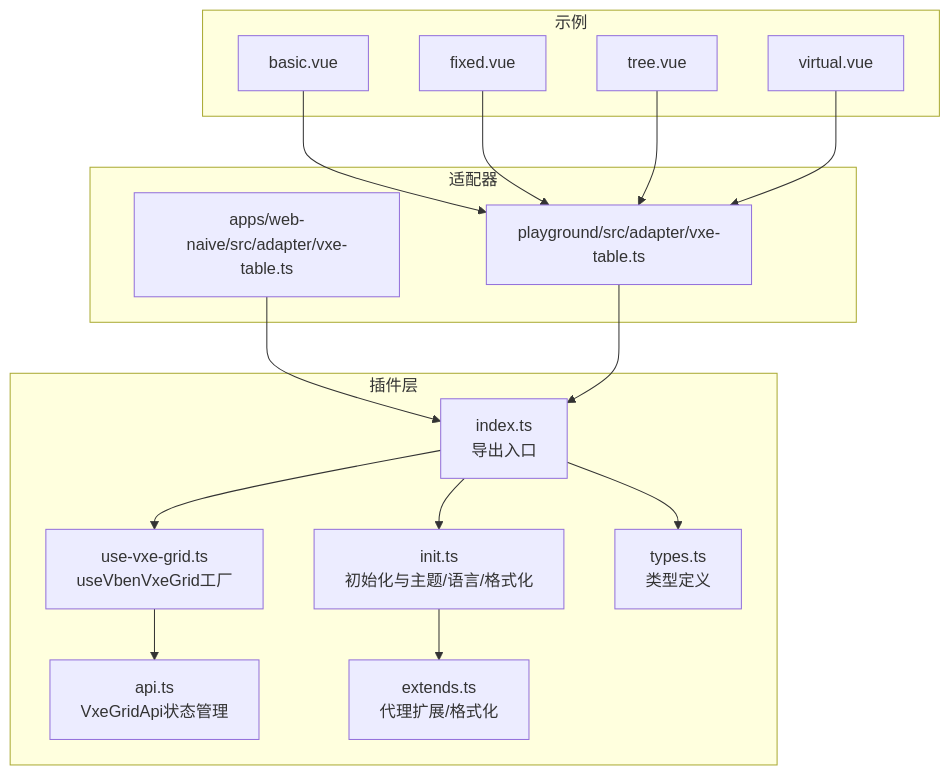
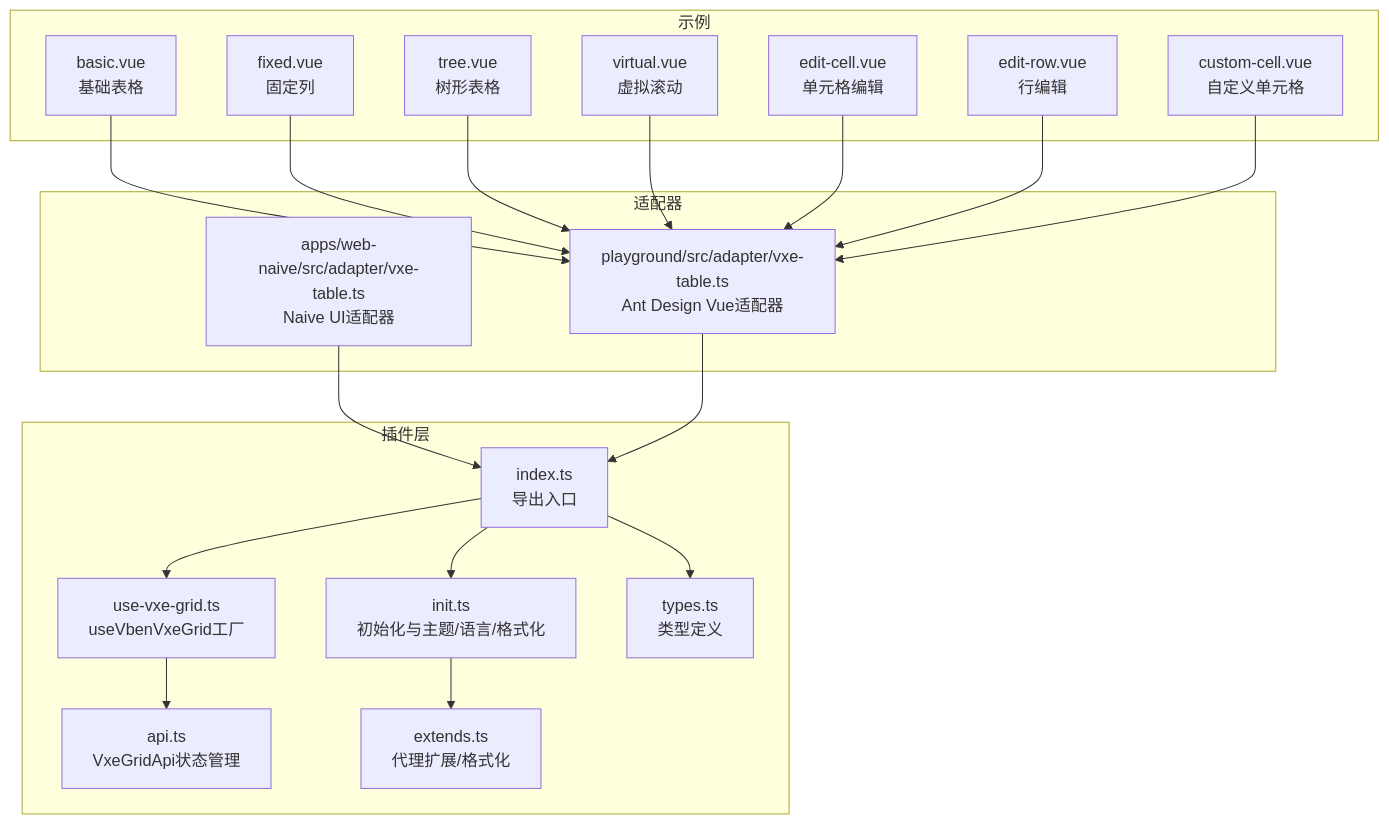
Before and after one commit to ShiRuYu/shiyu-ui: the first of 4 diagrams in .qoder/repowiki/zh/content/组件库/表格组件/表格组件.md, drawn with Mermaid. The commit also changed other lines of this file and 37 other files, not shown here.

````diff
--- a/.qoder/repowiki/zh/content/组件库/表格组件/表格组件.md
+++ b/.qoder/repowiki/zh/content/组件库/表格组件/表格组件.md
@@ -46,32 +62,38 @@
 ```mermaid
 graph TB
 subgraph "插件层"
 IDX["index.ts<br/>导出入口"]
 INIT["init.ts<br/>初始化与主题/语言/格式化"]
 GRID_TS["use-vxe-grid.ts<br/>useVbenVxeGrid工厂"]
 TYPES["types.ts<br/>类型定义"]
 API["api.ts<br/>VxeGridApi状态管理"]
 EXT["extends.ts<br/>代理扩展/格式化"]
 end
 subgraph "适配器"
-AD_NAIVE["apps/web-naive/src/adapter/vxe-table.ts"]
-AD_PLAY["playground/src/adapter/vxe-table.ts"]
+AD_NAIVE["apps/web-naive/src/adapter/vxe-table.ts<br/>Naive UI适配器"]
+AD_PLAY["playground/src/adapter/vxe-table.ts<br/>Ant Design Vue适配器"]
 end
 subgraph "示例"
-BASIC["basic.vue"]
-FIXED["fixed.vue"]
-TREE["tree.vue"]
-VIRT["virtual.vue"]
+BASIC["basic.vue<br/>基础表格"]
+FIXED["fixed.vue<br/>固定列"]
+TREE["tree.vue<br/>树形表格"]
+VIRT["virtual.vue<br/>虚拟滚动"]
+EDIT_CELL["edit-cell.vue<br/>单元格编辑"]
+EDIT_ROW["edit-row.vue<br/>行编辑"]
+CUSTOM_CELL["custom-cell.vue<br/>自定义单元格"]
 end
 IDX --> INIT
 IDX --> GRID_TS
 IDX --> TYPES
 GRID_TS --> API
 INIT --> EXT
 AD_NAIVE --> IDX
 AD_PLAY --> IDX
 BASIC --> AD_PLAY
 FIXED --> AD_PLAY
 TREE --> AD_PLAY
 VIRT --> AD_PLAY
+EDIT_CELL --> AD_PLAY
+EDIT_ROW --> AD_PLAY
+CUSTOM_CELL --> AD_PLAY
 ```
````
